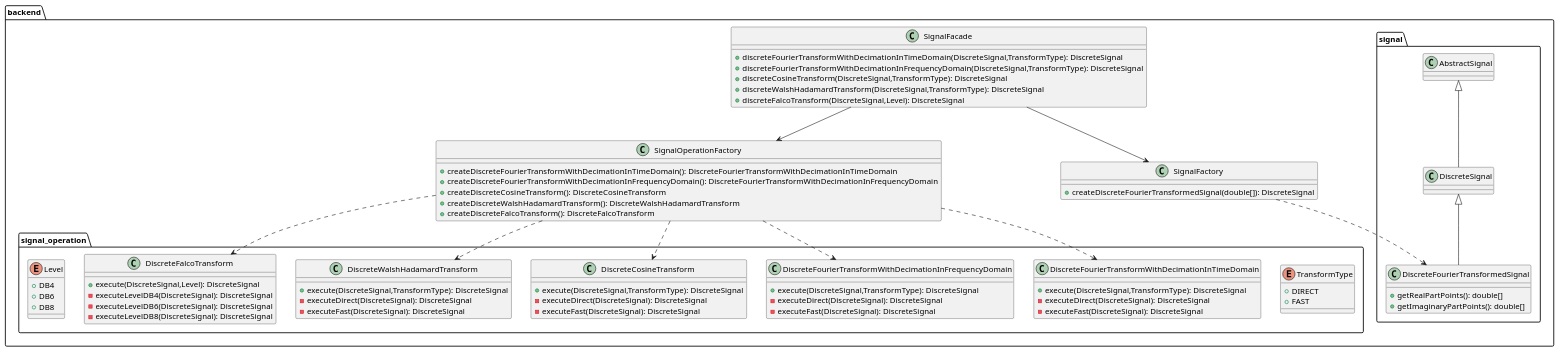
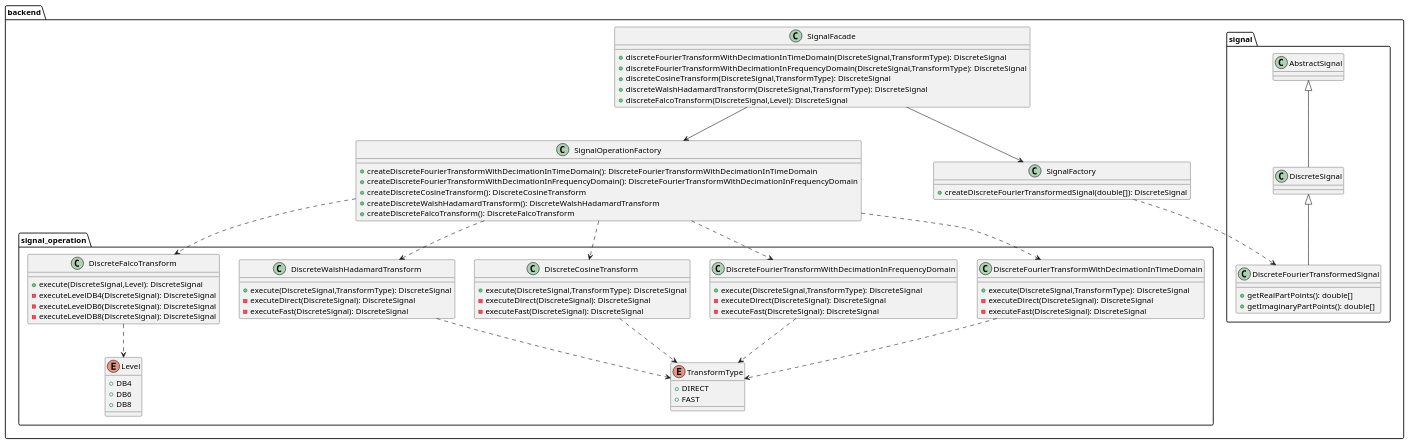
The fifth of 6 diagrams in README.md (RadekBucki/DigitalSignalProcessing), drawn with PlantUML before and after one commit.

Commit message:
#91 Add missed relation

````diff
--- a/README.md
+++ b/README.md
@@ -636,73 +636,79 @@
 ```plantuml
 package backend {
     class SignalFacade {
         + discreteFourierTransformWithDecimationInTimeDomain(DiscreteSignal,TransformType): DiscreteSignal
         + discreteFourierTransformWithDecimationInFrequencyDomain(DiscreteSignal,TransformType): DiscreteSignal
         + discreteCosineTransform(DiscreteSignal,TransformType): DiscreteSignal
         + discreteWalshHadamardTransform(DiscreteSignal,TransformType): DiscreteSignal
         + discreteFalcoTransform(DiscreteSignal,Level): DiscreteSignal
     }
     class SignalOperationFactory {
         + createDiscreteFourierTransformWithDecimationInTimeDomain(): DiscreteFourierTransformWithDecimationInTimeDomain
         + createDiscreteFourierTransformWithDecimationInFrequencyDomain(): DiscreteFourierTransformWithDecimationInFrequencyDomain
         + createDiscreteCosineTransform(): DiscreteCosineTransform
         + createDiscreteWalshHadamardTransform(): DiscreteWalshHadamardTransform
         + createDiscreteFalcoTransform(): DiscreteFalcoTransform
     }
     SignalFacade --> SignalOperationFactory
     package signal_operation {
         enum TransformType {
             + DIRECT
             + FAST
         }
         class DiscreteFourierTransformWithDecimationInTimeDomain {
             + execute(DiscreteSignal,TransformType): DiscreteSignal
             - executeDirect(DiscreteSignal): DiscreteSignal
             - executeFast(DiscreteSignal): DiscreteSignal
         }
+        DiscreteFourierTransformWithDecimationInTimeDomain ..> TransformType
         class DiscreteFourierTransformWithDecimationInFrequencyDomain {
             + execute(DiscreteSignal,TransformType): DiscreteSignal
             - executeDirect(DiscreteSignal): DiscreteSignal
             - executeFast(DiscreteSignal): DiscreteSignal
         }
+        DiscreteFourierTransformWithDecimationInFrequencyDomain ..> TransformType
         class DiscreteCosineTransform {
             + execute(DiscreteSignal,TransformType): DiscreteSignal
             - executeDirect(DiscreteSignal): DiscreteSignal
             - executeFast(DiscreteSignal): DiscreteSignal
         }
+        DiscreteCosineTransform ..> TransformType
         class DiscreteWalshHadamardTransform {
             + execute(DiscreteSignal,TransformType): DiscreteSignal
             - executeDirect(DiscreteSignal): DiscreteSignal
             - executeFast(DiscreteSignal): DiscreteSignal
+        }
+        DiscreteWalshHadamardTransform ..> TransformType
+        
+        enum Level {
+            + DB4
+            + DB6
+            + DB8
         }
         class DiscreteFalcoTransform {
             + execute(DiscreteSignal,Level): DiscreteSignal
             - executeLevelDB4(DiscreteSignal): DiscreteSignal
             - executeLevelDB6(DiscreteSignal): DiscreteSignal
             - executeLevelDB8(DiscreteSignal): DiscreteSignal
         }
-        enum Level {
-            + DB4
-            + DB6
-            + DB8
-        }
+        DiscreteFalcoTransform ..> Level
     }
     SignalOperationFactory ..> DiscreteFourierTransformWithDecimationInTimeDomain
     SignalOperationFactory ..> DiscreteFourierTransformWithDecimationInFrequencyDomain
     SignalOperationFactory ..> DiscreteCosineTransform
     SignalOperationFactory ..> DiscreteWalshHadamardTransform
     SignalOperationFactory ..> DiscreteFalcoTransform
     class SignalFactory {
         + createDiscreteFourierTransformedSignal(double[]): DiscreteSignal
     }
     package signal {
         SignalFactory ..> DiscreteFourierTransformedSignal
         SignalFacade --> SignalFactory
         class DiscreteSignal extends AbstractSignal
         class DiscreteFourierTransformedSignal extends DiscreteSignal {
             + getRealPartPoints(): double[]
             + getImaginaryPartPoints(): double[]
         }
     }
 }
 ```
````
